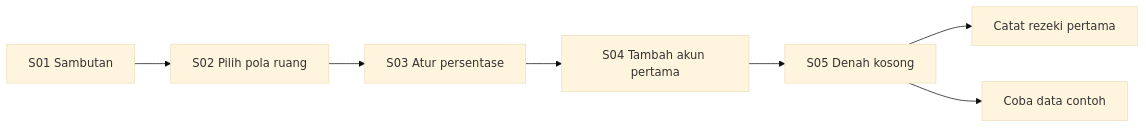
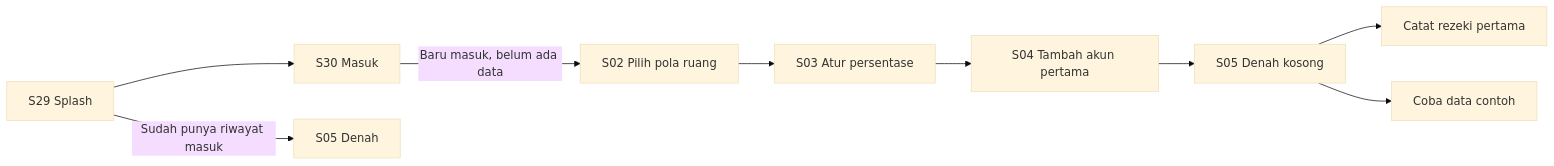
One commit to masuyamaster/Rizqflow changed the second of 9 diagrams in docs/ui-flow.md. Above: the diagram before and after it, drawn with Mermaid (base theme). The commit also changed other lines of this file and 5 other files, not shown here.

````diff
--- a/docs/ui-flow.md
+++ b/docs/ui-flow.md
@@ -352,9 +354,11 @@
 ```mermaid
 flowchart LR
-A["S01 Sambutan"] --> B["S02 Pilih pola ruang"]
+P["S29 Splash"] --> L["S30 Masuk"]
+P -->|"Sudah punya riwayat masuk"| M["S05 Denah"]
+L -->|"Baru masuk, belum ada data"| B["S02 Pilih pola ruang"]
 B --> C["S03 Atur persentase"]
 C --> D["S04 Tambah akun pertama"]
 D --> E["S05 Denah kosong"]
 E --> F["Catat rezeki pertama"]
 E --> G["Coba data contoh"]
 ```
````
